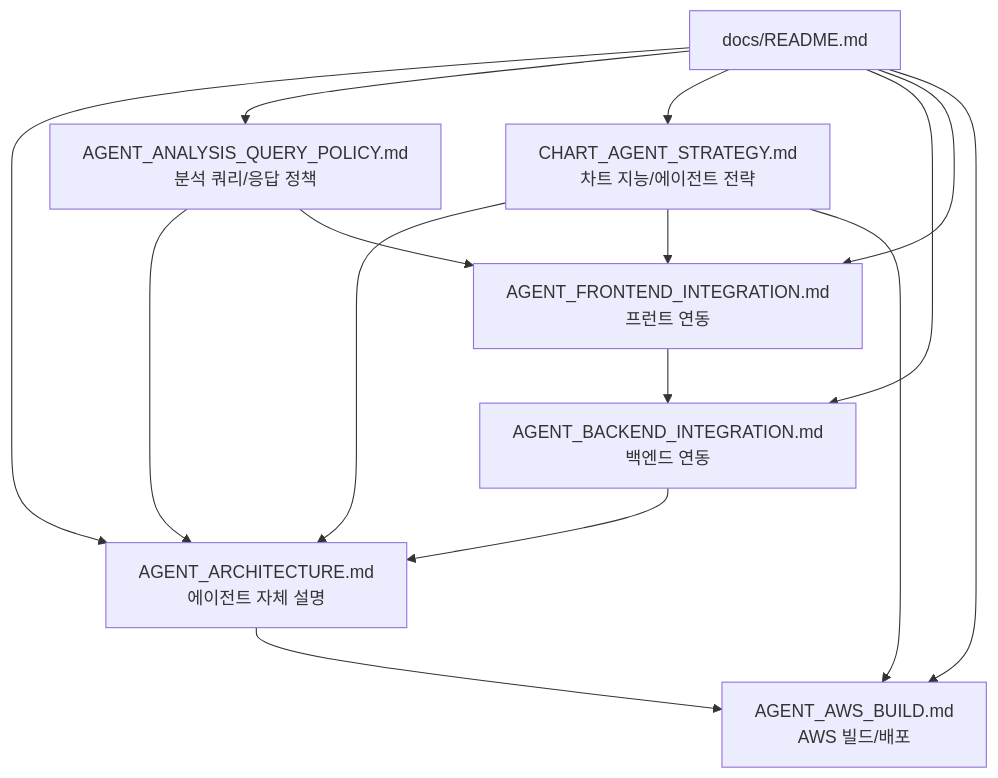
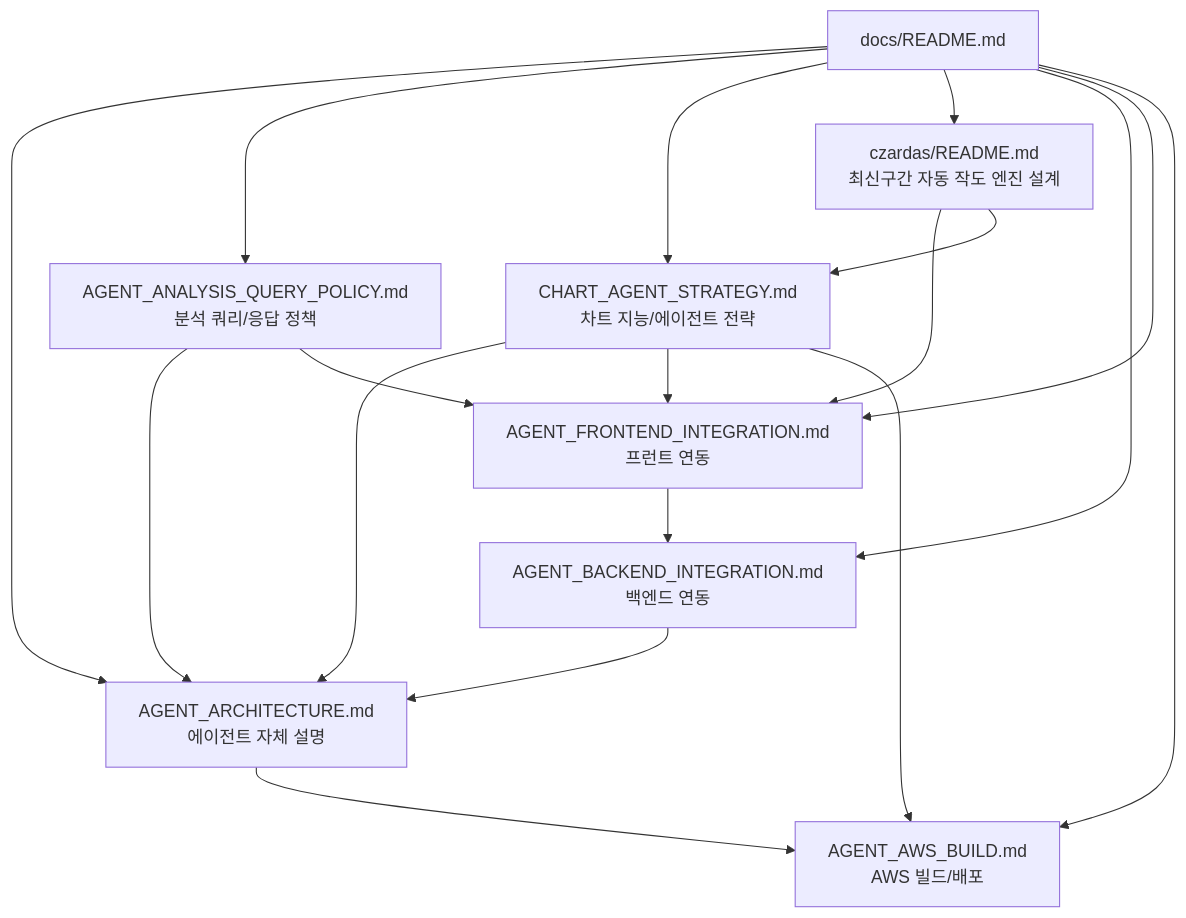
One commit to KFJG-Team1/gops changed the diagram in docs/README.md. Above: the diagram before and after it, drawn with Mermaid. The commit also changed other lines of this file and 9 other files, not shown here.

Commit message:
docs: define czardas chart engine

````diff
--- a/docs/README.md
+++ b/docs/README.md
@@ -6,25 +6,29 @@
 ```mermaid
 flowchart TD
   README["docs/README.md"]
   ARCH["AGENT_ARCHITECTURE.md<br/>에이전트 자체 설명"]
   POLICY["AGENT_ANALYSIS_QUERY_POLICY.md<br/>분석 쿼리/응답 정책"]
   CHARTAGENT["CHART_AGENT_STRATEGY.md<br/>차트 지능/에이전트 전략"]
+  CZARDAS["czardas/README.md<br/>최신구간 자동 작도 엔진 설계"]
   BE["AGENT_BACKEND_INTEGRATION.md<br/>백엔드 연동"]
   FE["AGENT_FRONTEND_INTEGRATION.md<br/>프런트 연동"]
   AWS["AGENT_AWS_BUILD.md<br/>AWS 빌드/배포"]
 
   README --> ARCH
   README --> POLICY
   README --> CHARTAGENT
+  README --> CZARDAS
   README --> BE
   README --> FE
   README --> AWS
   POLICY --> ARCH
   CHARTAGENT --> ARCH
   CHARTAGENT --> FE
   CHARTAGENT --> AWS
+  CZARDAS --> FE
+  CZARDAS --> CHARTAGENT
   POLICY --> FE
   FE --> BE
   BE --> ARCH
   ARCH --> AWS
 ```
````
